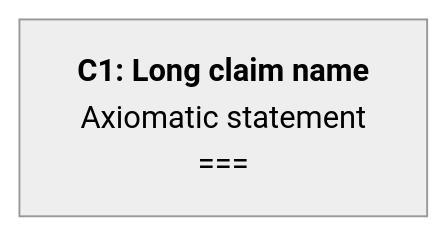
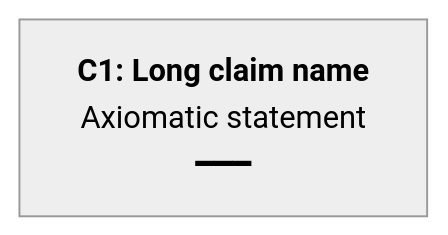
One commit to coreinfrastructure/best-practices-badge changed the fourth of 22 diagrams in docs/sacm-mermaid.md. Above: the diagram before and after it, drawn with Mermaid. The commit also changed other lines of this file, not shown here.

First line of the commit message:
Improve frontmatter, abstract and axiomatic claims

````diff
--- a/docs/sacm-mermaid.md
+++ b/docs/sacm-mermaid.md
@@ -358,14 +366,14 @@
 ```mermaid
 ---
 config:
   theme: neutral
   flowchart:
     curve: linear
     htmlLabels: true
     rankSpacing: 60
     nodeSpacing: 45
     padding: 15
 ---
 flowchart BT
-    C1["<b>C1: Long claim name</b><br>Axiomatic statement<br>==="]
+    C1["<b>C1: Long claim name</b><br>Axiomatic statement<br>━━━"]
 ```
````
